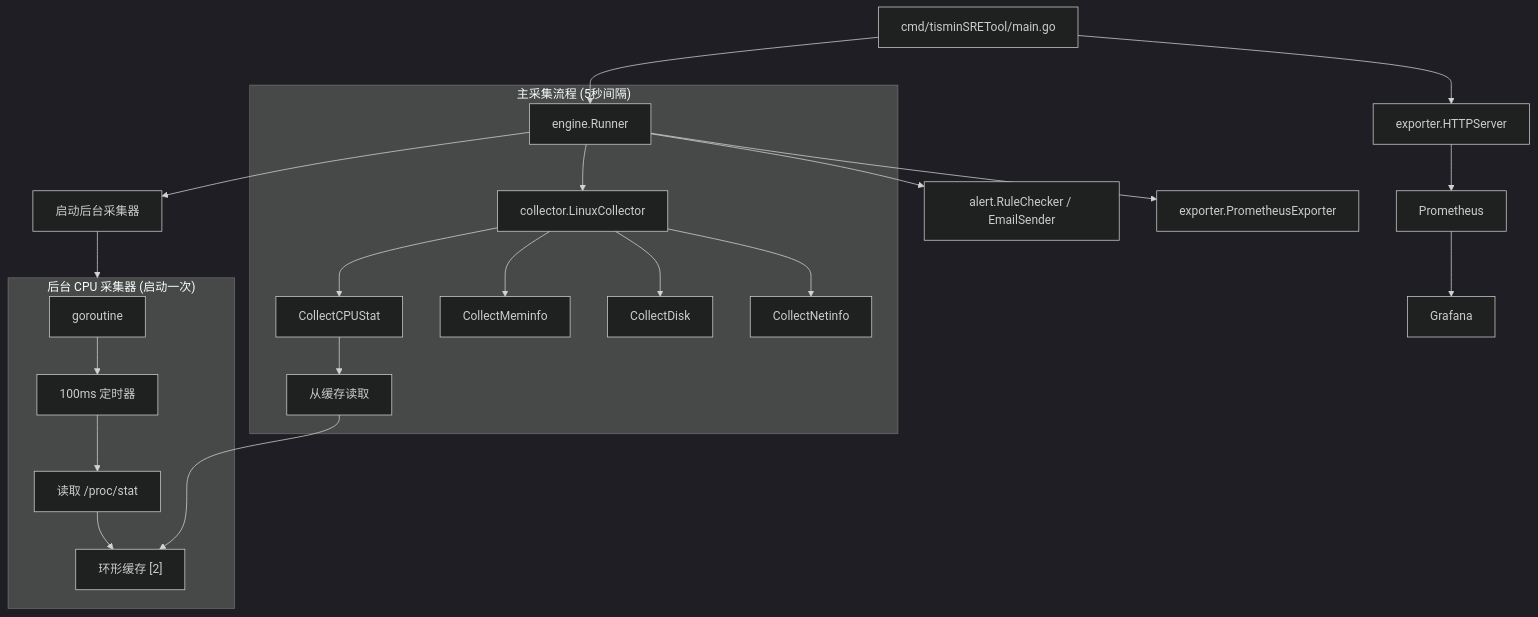
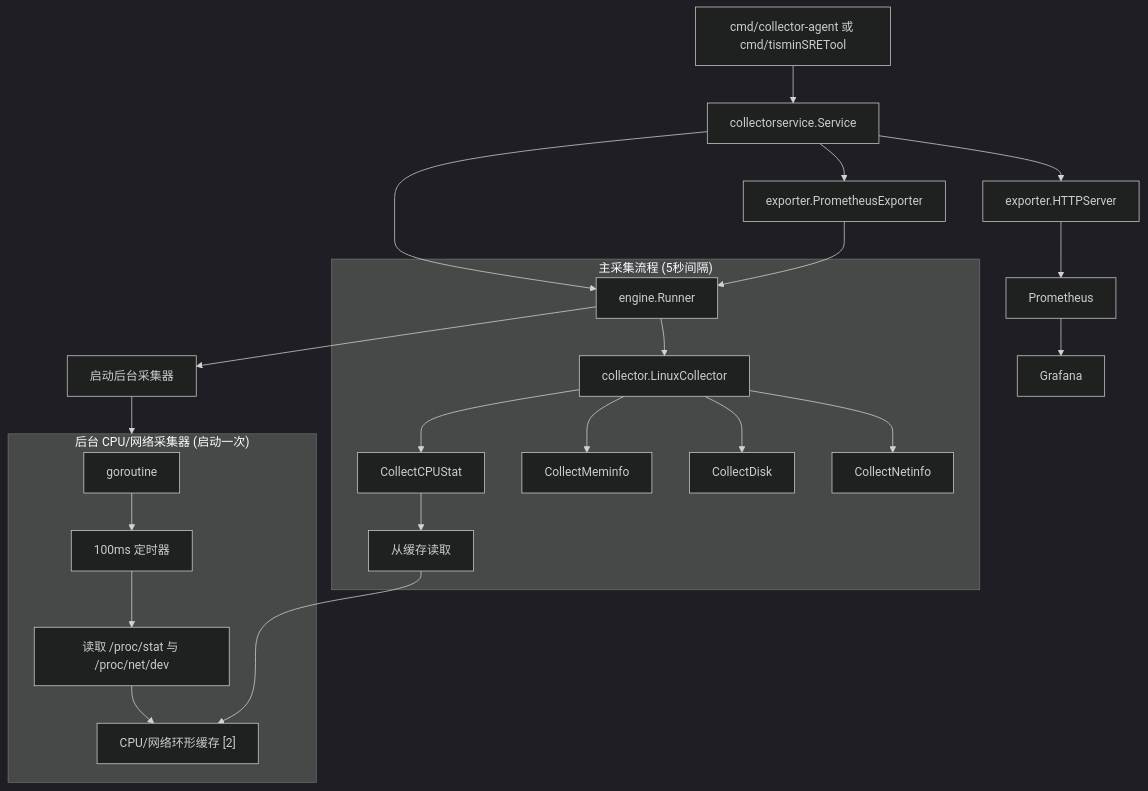
Before and after one commit to Tismin05/tismin_SRE_MonitorTool: the diagram in README_ZH.md, drawn with Mermaid (dark theme). The commit also changed other lines of this file and 32 other files, not shown here.

Commit message:
fix: repair collection lifecycle architecture

````diff
--- a/README_ZH.md
+++ b/README_ZH.md
@@ -46,29 +30,30 @@
 ```mermaid
 flowchart TB
-    MAIN["cmd/tisminSRETool/main.go"] --> RUNNER["engine.Runner"]
+    MAIN["cmd/collector-agent 或 cmd/tisminSRETool"] --> SERVICE["collectorservice.Service"]
+    SERVICE --> RUNNER["engine.Runner"]
 
-    subgraph BG["后台 CPU 采集器 (启动一次)"]
+    subgraph BG["后台 CPU/网络采集器 (启动一次)"]
         BG_GO["goroutine"] --> TICKER["100ms 定时器"]
-        TICKER --> READ["读取 /proc/stat"]
-        READ --> BUFFER["环形缓存 [2]"]
+        TICKER --> READ["读取 /proc/stat 与 /proc/net/dev"]
+        READ --> BUFFER["CPU/网络环形缓存 [2]"]
     end
 
     RUNNER --> START_BG["启动后台采集器"]
     START_BG --> BG
 
     subgraph MAIN_FLOW["主采集流程 (5秒间隔)"]
         RUNNER --> COLLECTOR["collector.LinuxCollector"]
         COLLECTOR --> CPU["CollectCPUStat"]
         CPU --> READ_BUF["从缓存读取"]
         READ_BUF --> BUFFER
         COLLECTOR --> MEM["CollectMeminfo"]
         COLLECTOR --> DISK["CollectDisk"]
         COLLECTOR --> NET["CollectNetinfo"]
     end
 
-    RUNNER --> ALERT["alert.RuleChecker / EmailSender"]
-    RUNNER --> EXPORTER["exporter.PrometheusExporter"]
-    MAIN --> HTTP["exporter.HTTPServer"]
+    SERVICE --> EXPORTER["exporter.PrometheusExporter"]
+    EXPORTER --> RUNNER
+    SERVICE --> HTTP["exporter.HTTPServer"]
     HTTP --> PROM["Prometheus"]
     PROM --> GRAFANA["Grafana"]
 ```
````
